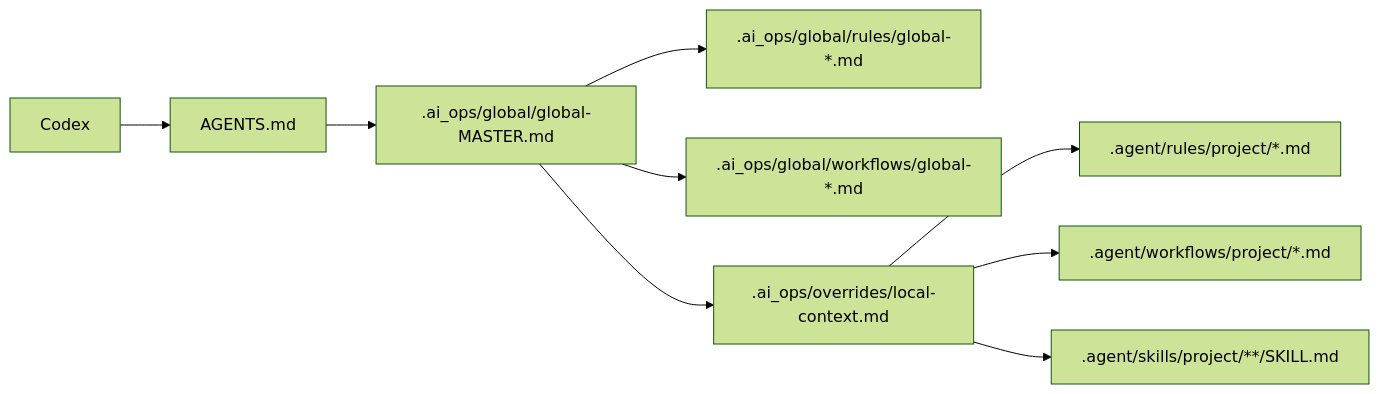
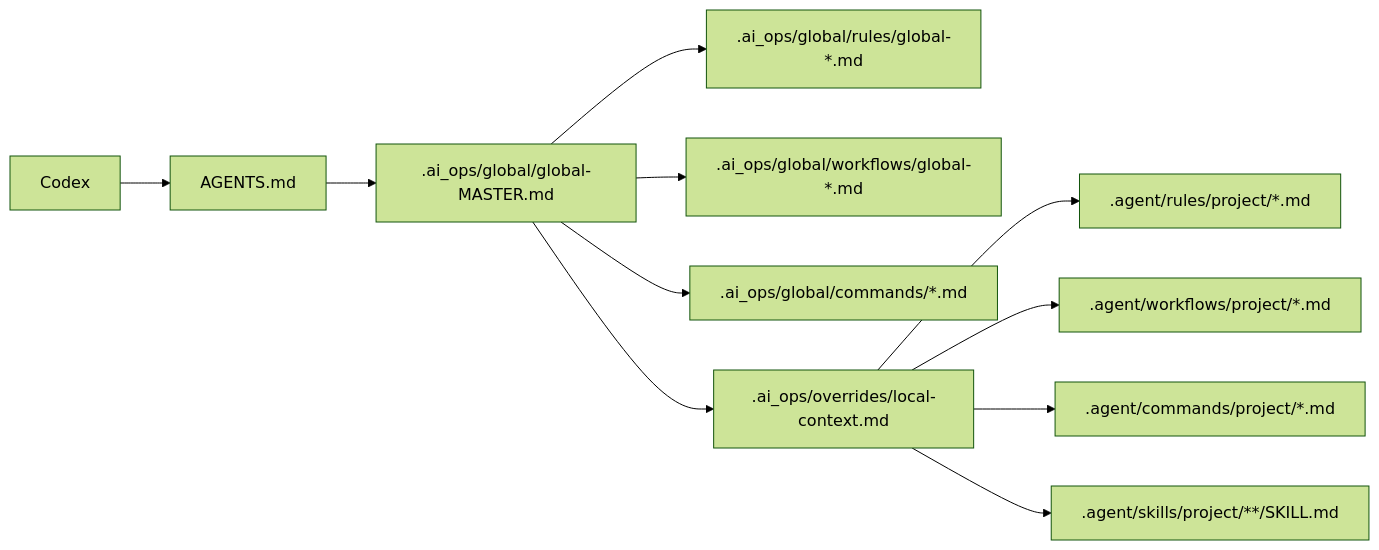
The second of 8 diagrams in README.md (rajesharora27/central_ai_ops), drawn with Mermaid (forest theme) before and after one commit. The commit also changed other lines of this file and 9 other files, not shown here.

````diff
--- a/README.md
+++ b/README.md
@@ -61,11 +66,13 @@
 ```mermaid
 flowchart LR
   A[Codex] --> B[AGENTS.md]
   B --> C[.ai_ops/global/global-MASTER.md]
   C --> D[.ai_ops/global/rules/global-*.md]
   C --> E[.ai_ops/global/workflows/global-*.md]
-  C --> F[.ai_ops/overrides/local-context.md]
-  F --> G[.agent/rules/project/*.md]
-  F --> H[.agent/workflows/project/*.md]
-  F --> I[.agent/skills/project/**/SKILL.md]
+  C --> F[.ai_ops/global/commands/*.md]
+  C --> G[.ai_ops/overrides/local-context.md]
+  G --> H[.agent/rules/project/*.md]
+  G --> I[.agent/workflows/project/*.md]
+  G --> J[.agent/commands/project/*.md]
+  G --> K[.agent/skills/project/**/SKILL.md]
 ```
````
